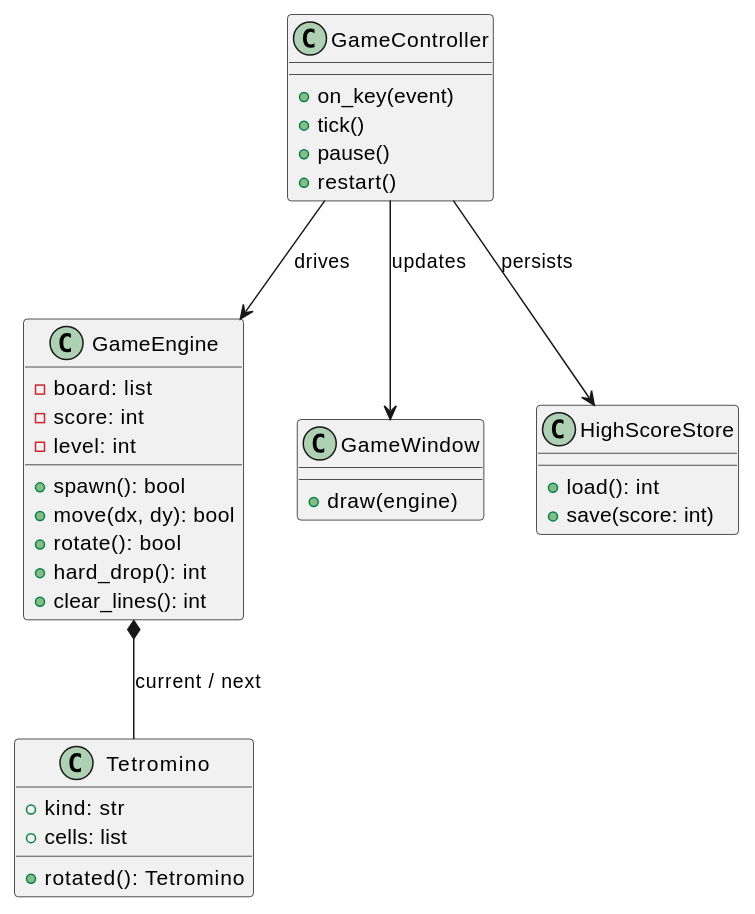
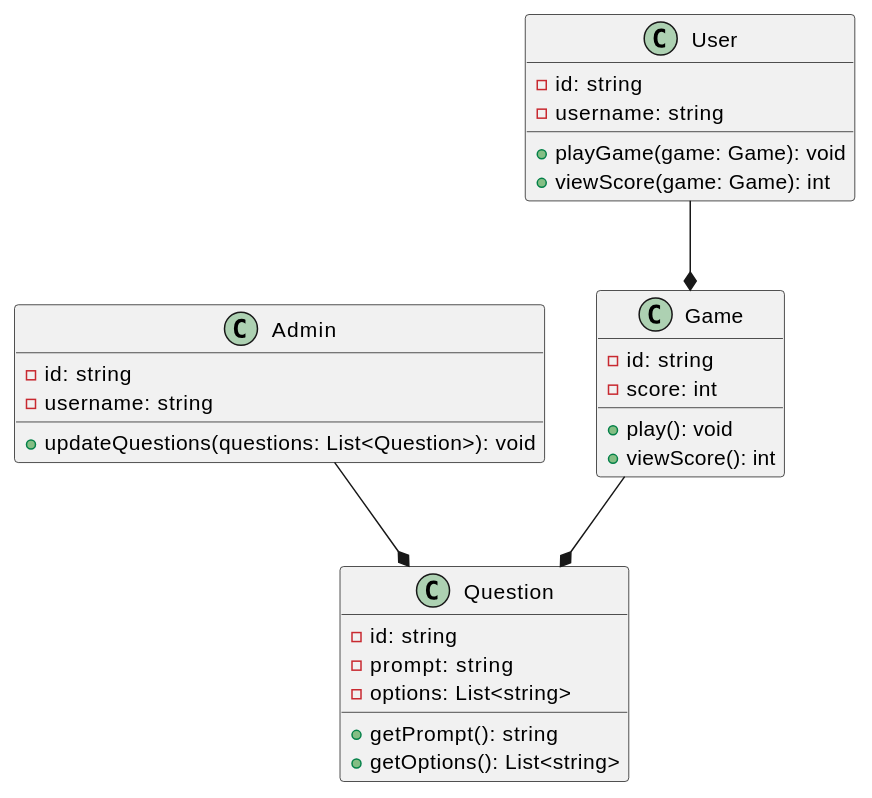
The second of 12 diagrams in Architecture_View.md (naveedkhan23/code-agent), drawn with PlantUML before and after one commit. The commit also changed other lines of this file and 5 other files, not shown here.

````diff
--- a/Architecture_View.md
+++ b/Architecture_View.md
@@ -4,36 +23,31 @@
 ```plantuml
-@startuml
-class Tetromino {
-  +kind: str
-  +cells: list
-  +rotated(): Tetromino
+@startuml ClassDiagram
+class Game {
+  - id: string
+  - score: int
+  + play(): void
+  + viewScore(): int
 }
-class GameEngine {
-  -board: list
-  -score: int
-  -level: int
-  +spawn(): bool
-  +move(dx, dy): bool
-  +rotate(): bool
-  +hard_drop(): int
-  +clear_lines(): int
+class Question {
+  - id: string
+  - prompt: string
+  - options: List<string>
+  + getPrompt(): string
+  + getOptions(): List<string>
 }
-class GameController {
-  +on_key(event)
-  +tick()
-  +pause()
-  +restart()
+class User {
+  - id: string
+  - username: string
+  + playGame(game: Game): void
+  + viewScore(game: Game): int
 }
-class GameWindow {
-  +draw(engine)
+class Admin {
+  - id: string
+  - username: string
+  + updateQuestions(questions: List<Question>): void
 }
-class HighScoreStore {
-  +load(): int
-  +save(score: int)
-}
-GameController --> GameEngine : drives
-GameController --> GameWindow : updates
-GameEngine *-- Tetromino : current / next
-GameController --> HighScoreStore : persists
+Game --* Question
+User --* Game
+Admin --* Question
 @enduml
 ```
````
